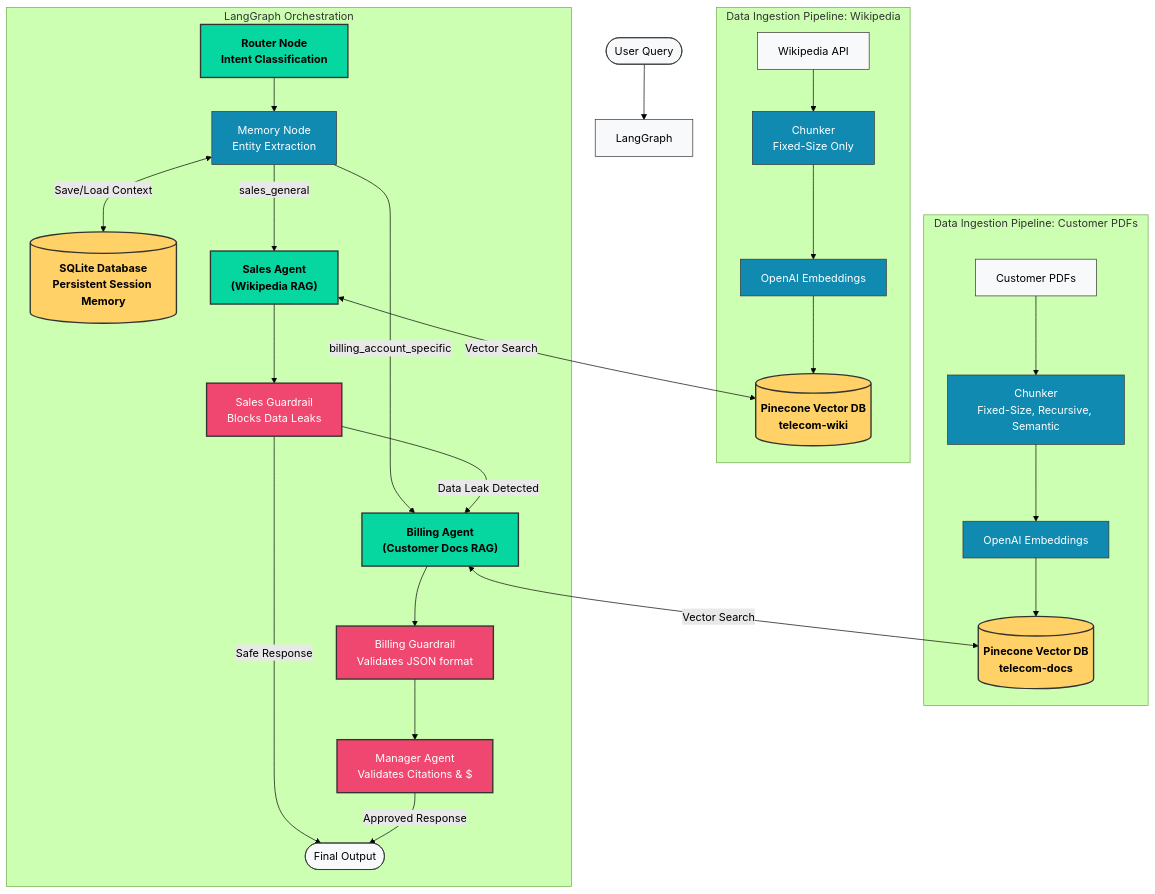
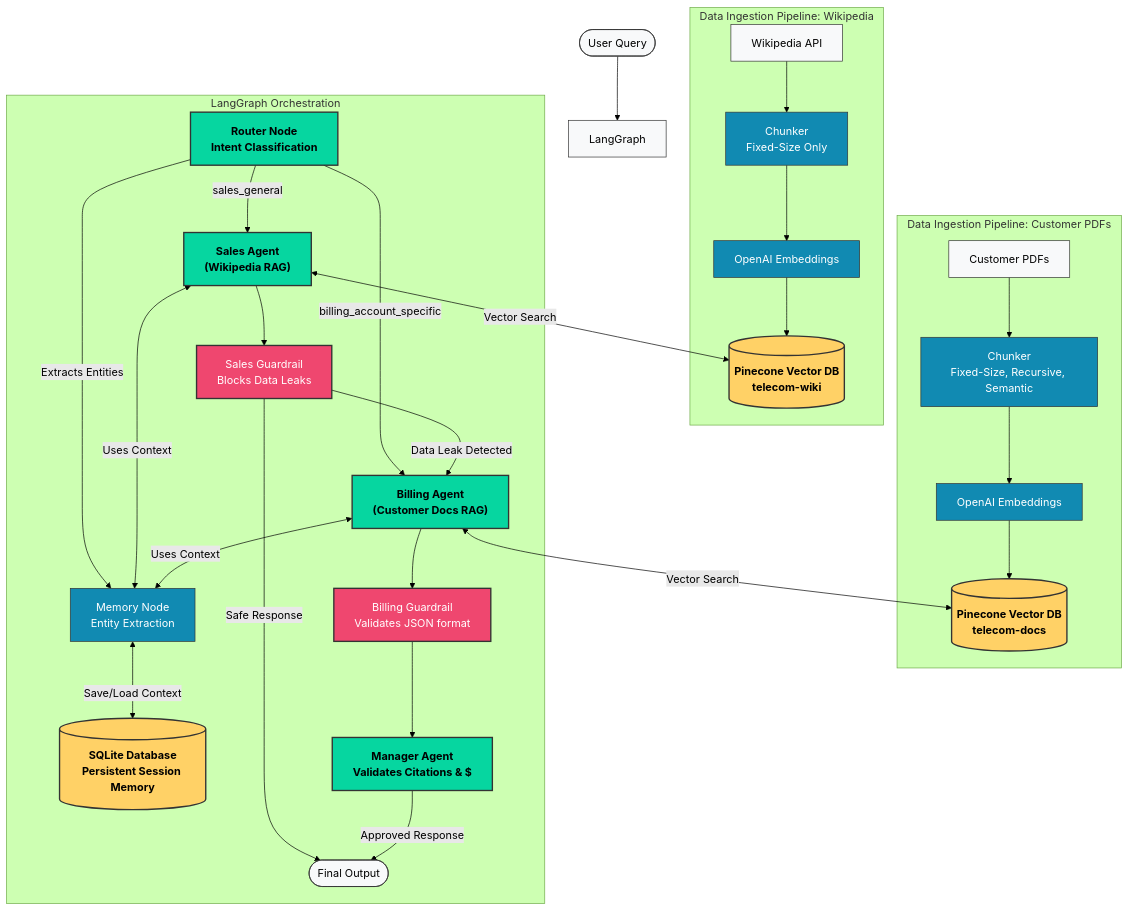
The second of 2 diagrams in README.md (satbecse/telecom-billing-agentic-ai), drawn with Mermaid (forest theme) before and after one commit. The commit also changed other lines of this file, not shown here.

Commit message:
docs: Refine MemoryNode routing and Manager Agent color in architecture diagram

````diff
--- a/README.md
+++ b/README.md
@@ -46,58 +46,61 @@
 ```mermaid
 graph TD
     %% Professional Soft Color Palette
     classDef database fill:#FFD166,stroke:#333,stroke-width:2px,shape:cylinder,font-weight:bold
     classDef pipeline fill:#118AB2,stroke:#333,stroke-width:1px,color:#fff
     classDef agent fill:#06D6A0,stroke:#333,stroke-width:2px,color:#000,font-weight:bold
     classDef guardrail fill:#EF476F,stroke:#333,stroke-width:2px,color:#fff
     classDef default fill:#F8F9FA,stroke:#333,stroke-width:1px
 
     %% Ingestion Pipeline (Telecom Docs)
     subgraph Data Ingestion Pipeline: Customer PDFs
         PDF[Customer PDFs] --> ChunkerDocs["Chunker<br/>Fixed-Size, Recursive, Semantic"]:::pipeline
         ChunkerDocs --> EmbedDocs[OpenAI Embeddings]:::pipeline
         EmbedDocs --> PineconeDocs[("Pinecone Vector DB<br/>telecom-docs")]:::database
     end
 
     %% Ingestion Pipeline (Wikipedia)
     subgraph Data Ingestion Pipeline: Wikipedia
         Wiki[Wikipedia API] --> ChunkerWiki["Chunker<br/>Fixed-Size Only"]:::pipeline
         ChunkerWiki --> EmbedWiki[OpenAI Embeddings]:::pipeline
         EmbedWiki --> PineconeWiki[("Pinecone Vector DB<br/>telecom-wiki")]:::database
     end
 
     %% Session Memory
     SessionStore[("SQLite Database<br/>Persistent Session Memory")]:::database
 
     %% Interaction Flow
     User([User Query]) --> LangGraph
     
     subgraph LangGraph Orchestration
         Router[Router Node<br/>Intent Classification]:::agent
         MemoryNode[Memory Node<br/>Entity Extraction]:::pipeline
         
-        Router --> MemoryNode
+        Router --> |Extracts Entities| MemoryNode
         MemoryNode <--> |Save/Load Context| SessionStore
         
-        MemoryNode -- "sales_general" --> SalesAgent
-        MemoryNode -- "billing_account_specific" --> BillingAgent
+        Router -- "sales_general" --> SalesAgent
+        Router -- "billing_account_specific" --> BillingAgent
         
         SalesAgent["Sales Agent<br/>(Wikipedia RAG)"]:::agent
         BillingAgent["Billing Agent<br/>(Customer Docs RAG)"]:::agent
+        
+        SalesAgent <--> |Uses Context| MemoryNode
+        BillingAgent <--> |Uses Context| MemoryNode
         
         SalesAgent <--> |Vector Search| PineconeWiki
         BillingAgent <--> |Vector Search| PineconeDocs
         
         SalesAgent --> SalesGuard["Sales Guardrail<br/>Blocks Data Leaks"]:::guardrail
         BillingAgent --> BillingGuard["Billing Guardrail<br/>Validates JSON format"]:::guardrail
         
         SalesGuard --> |Data Leak Detected| BillingAgent
         SalesGuard --> |Safe Response| Output
         
         BillingGuard --> ManagerAgent
         
-        ManagerAgent["Manager Agent<br/>Validates Citations & $"]:::guardrail
+        ManagerAgent["Manager Agent<br/>Validates Citations & $"]:::agent
     end
     
     ManagerAgent --> |Approved Response| Output([Final Output])
 ```
````
